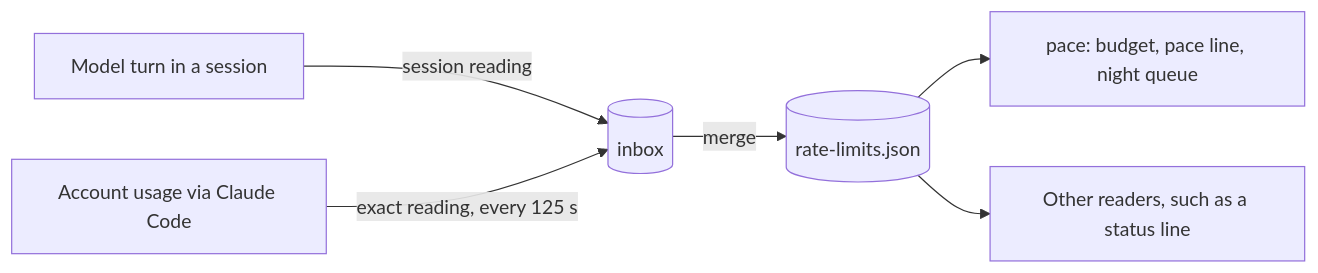
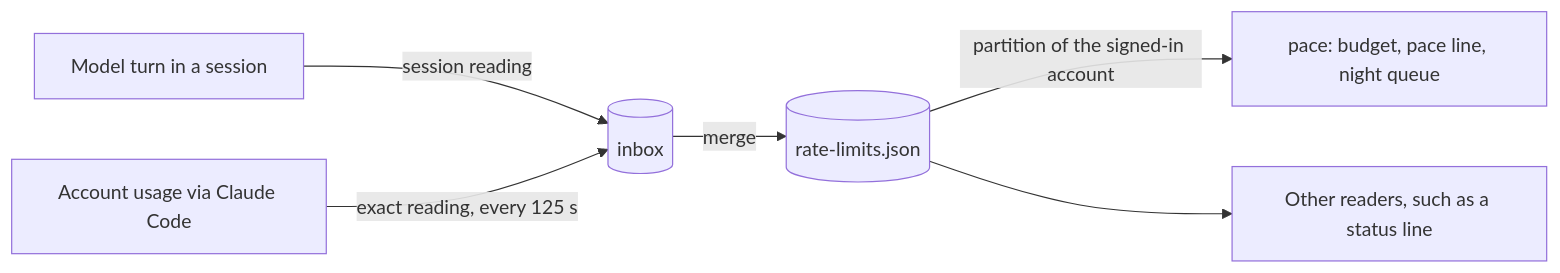
One commit to agentpit-lab/agentpit changed the first of 2 diagrams in plugins/paceline/docs/explanation.md. Above: the diagram before and after it, drawn with Mermaid. The commit also changed other lines of this file and 25 other files, not shown here.

````diff
--- a/plugins/paceline/docs/explanation.md
+++ b/plugins/paceline/docs/explanation.md
@@ -27,8 +52,8 @@
 ```mermaid
 flowchart LR
   turn[Model turn in a session] -->|session reading| inbox[(inbox)]
   endpoint[Account usage via Claude Code] -->|exact reading, every 125 s| inbox
   inbox -->|merge| limits[(rate-limits.json)]
-  limits --> pace[pace: budget, pace line, night queue]
+  limits -->|partition of the signed-in account| pace[pace: budget, pace line, night queue]
   limits --> readers[Other readers, such as a status line]
 ```
````
